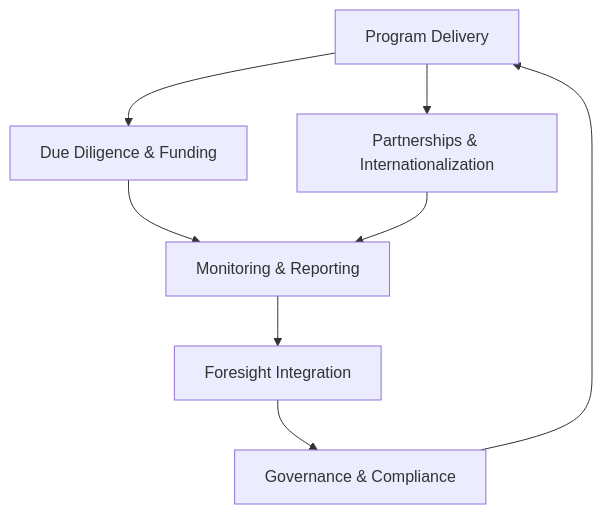
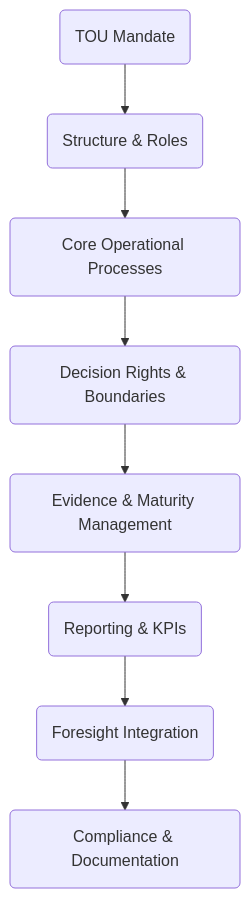
Before and after one commit to doulabglobal/vigia-incubanet-framework: the diagram in vif/annexes/annex-02-tou-operating-manual.md, drawn with Mermaid. The commit also changed other lines of this file and 24 other files, not shown here.

````diff
--- a/vif/annexes/annex-02-tou-operating-manual.md
+++ b/vif/annexes/annex-02-tou-operating-manual.md
@@ -69,10 +67,10 @@
 ```mermaid
 flowchart TD
-    A[Program Delivery] --> B[Due Diligence & Funding]
-    B --> C[Monitoring & Reporting]
-    C --> D[Foresight Integration]
-    D --> E[Governance & Compliance]
-    E --> A
-    A --> F[Partnerships & Internationalization]
-    F --> C
+    A(TOU Mandate) --> B(Structure & Roles)
+    B --> C(Core Operational Processes)
+    C --> D(Decision Rights & Boundaries)
+    D --> E(Evidence & Maturity Management)
+    E --> F(Reporting & KPIs)
+    F --> G(Foresight Integration)
+    G --> H(Compliance & Documentation)
 ```
````
